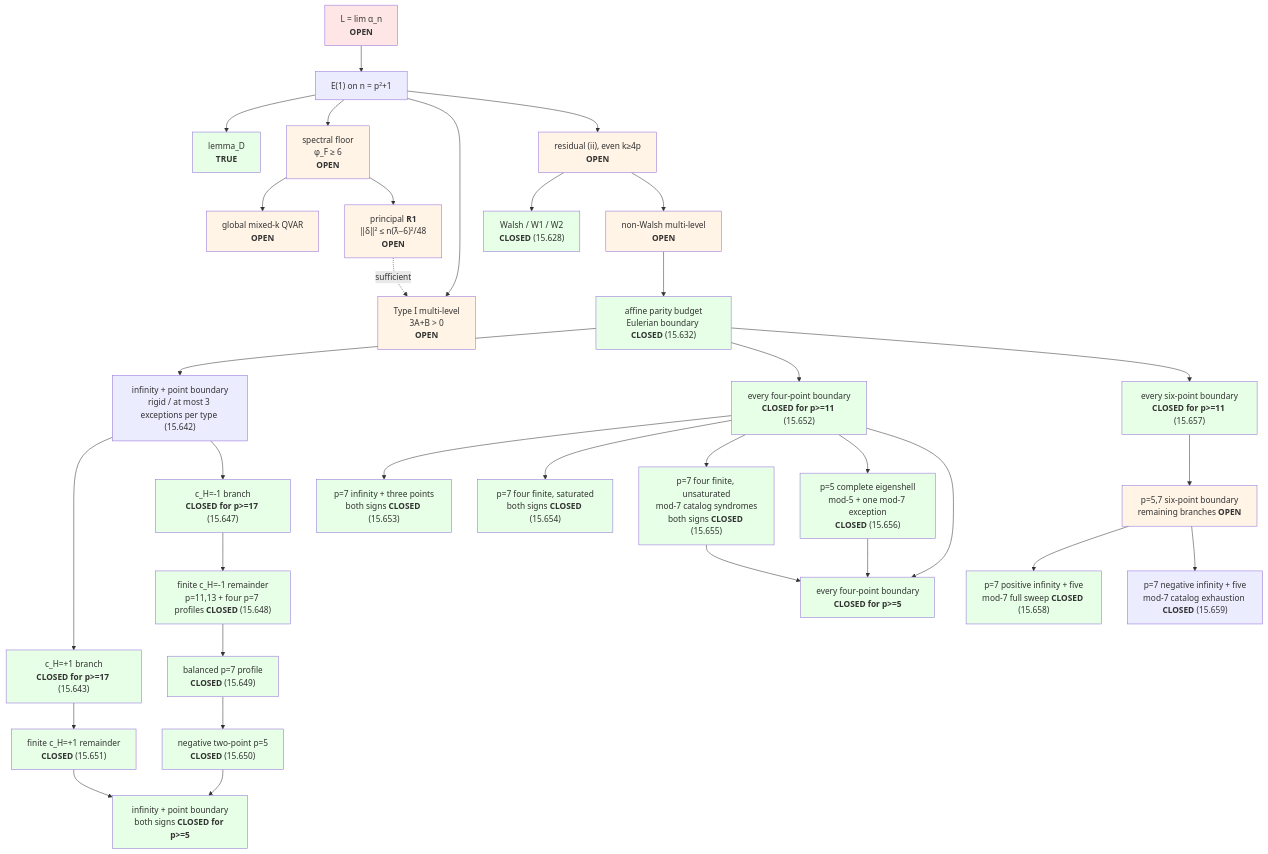
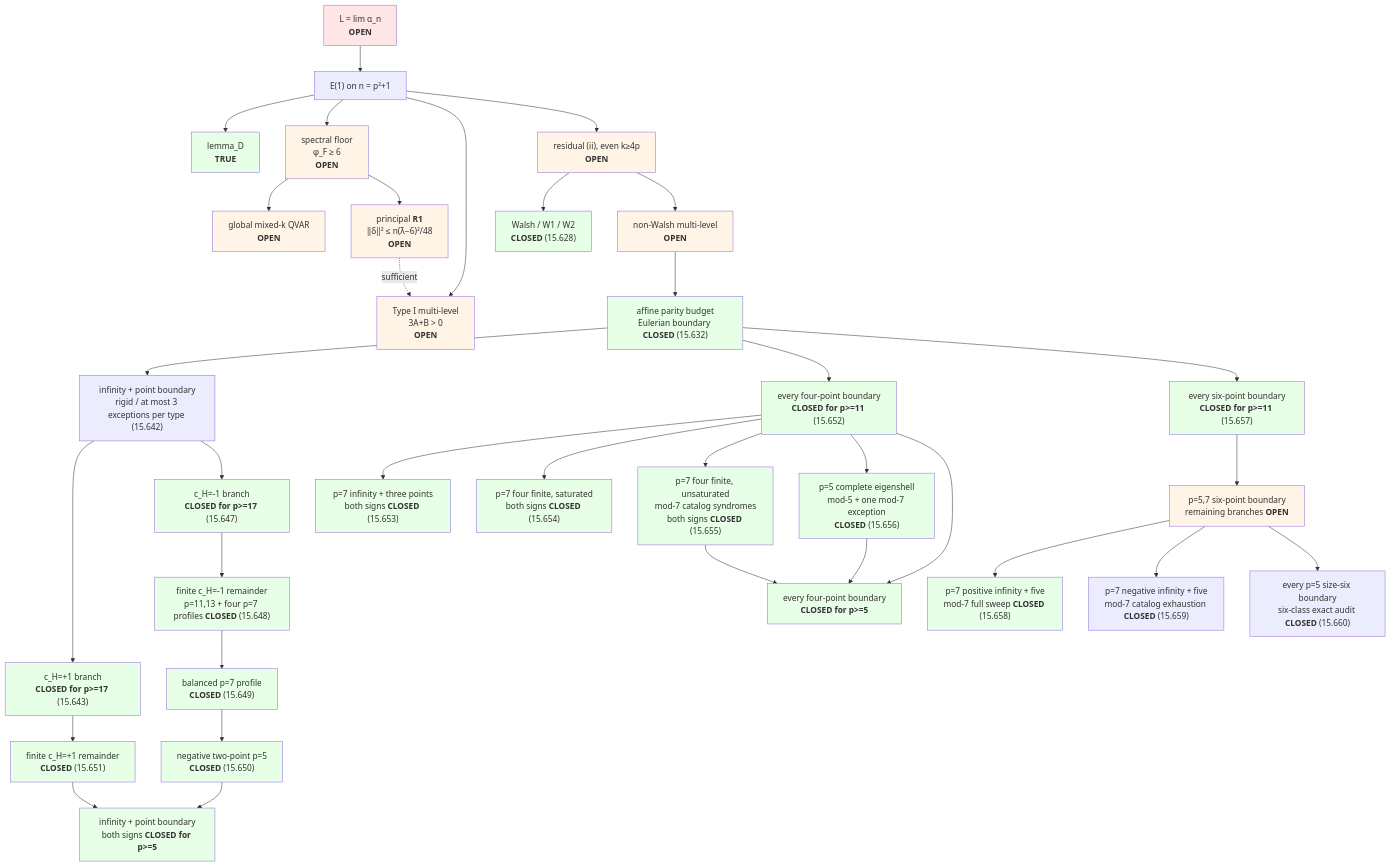
The diagram in README.md (luckyseoul/quadratic-minmax-limit), drawn with Mermaid before and after one commit. The commit also changed other lines of this file and 18 other files, not shown here.

Commit message:
Exclude all p5 size-six boundaries

````diff
--- a/README.md
+++ b/README.md
@@ -152,61 +154,62 @@
 ```mermaid
 graph TD
     L["L = lim α_n<br/><b>OPEN</b>"] --> E1["E(1) on n = p²+1"]
     E1 --> D["lemma_D<br/><b>TRUE</b>"]
     E1 --> FLOOR["spectral floor<br/>φ_F ≥ 6<br/><b>OPEN</b>"]
     FLOOR --> QVAR["global mixed-k QVAR<br/><b>OPEN</b>"]
     FLOOR --> R1["principal <b>R1</b><br/>‖δ‖² ≤ n(λ̄−6)²/48<br/><b>OPEN</b>"]
     E1 --> TYPEI["Type I multi-level<br/>3A+B > 0<br/><b>OPEN</b>"]
     R1 -. sufficient .-> TYPEI
     E1 --> RES["residual (ii), even k≥4p<br/><b>OPEN</b>"]
     RES --> WALSH["Walsh / W1 / W2<br/><b>CLOSED</b> (15.628)"]
     RES --> MULTI["non-Walsh multi-level<br/><b>OPEN</b>"]
     MULTI --> BUDGET["affine parity budget<br/>Eulerian boundary <b>CLOSED</b> (15.632)"]
     BUDGET --> RIGID["infinity + point boundary<br/>rigid / at most 3 exceptions per type (15.642)"]
     RIGID --> POSKILL["c_H=+1 branch<br/><b>CLOSED for p>=17</b> (15.643)"]
     POSKILL --> POSFINITE["finite c_H=+1 remainder<br/><b>CLOSED</b> (15.651)"]
     RIGID --> NEGKILL["c_H=-1 branch<br/><b>CLOSED for p>=17</b> (15.647)"]
     NEGKILL --> NEGFINITE["finite c_H=-1 remainder<br/>p=11,13 + four p=7 profiles <b>CLOSED</b> (15.648)"]
     NEGFINITE --> P7BAL["balanced p=7 profile<br/><b>CLOSED</b> (15.649)"]
     P7BAL --> P5NEG["negative two-point p=5<br/><b>CLOSED</b> (15.650)"]
     POSFINITE --> TWOPT["infinity + point boundary<br/>both signs <b>CLOSED for p>=5</b>"]
     P5NEG --> TWOPT
     BUDGET --> FOUR["every four-point boundary<br/><b>CLOSED for p>=11</b> (15.652)"]
     FOUR --> P7INF["p=7 infinity + three points<br/>both signs <b>CLOSED</b> (15.653)"]
     FOUR --> P7SAT["p=7 four finite, saturated<br/>both signs <b>CLOSED</b> (15.654)"]
     FOUR --> P7MOD["p=7 four finite, unsaturated<br/>mod-7 catalog syndromes<br/>both signs <b>CLOSED</b> (15.655)"]
     FOUR --> P5FULL["p=5 complete eigenshell<br/>mod-5 + one mod-7 exception<br/><b>CLOSED</b> (15.656)"]
     FOUR --> ALL4["every four-point boundary<br/><b>CLOSED for p>=5</b>"]
     P7MOD --> ALL4
     P5FULL --> ALL4
     BUDGET --> SIX["every six-point boundary<br/><b>CLOSED for p>=11</b> (15.657)"]
     SIX --> P57SIX["p=5,7 six-point boundary<br/>remaining branches <b>OPEN</b>"]
     P57SIX --> P7POSINF["p=7 positive infinity + five<br/>mod-7 full sweep <b>CLOSED</b> (15.658)"]
     P57SIX --> P7NEGINF["p=7 negative infinity + five<br/>mod-7 catalog exhaustion <b>CLOSED</b> (15.659)"]
+    P57SIX --> P5SIX["every p=5 size-six boundary<br/>six-class exact audit <b>CLOSED</b> (15.660)"]
     style L fill:#ffe6e6
     style D fill:#e6ffe6
     style FLOOR fill:#fff4e6
     style QVAR fill:#fff4e6
     style R1 fill:#fff4e6
     style TYPEI fill:#fff4e6
     style RES fill:#fff4e6
     style WALSH fill:#e6ffe6
     style MULTI fill:#fff4e6
     style BUDGET fill:#e6ffe6
     style SIX fill:#e6ffe6
     style P57SIX fill:#fff4e6
     style P7POSINF fill:#e6ffe6
     style P7BAL fill:#e6ffe6
     style P5NEG fill:#e6ffe6
     style POSFINITE fill:#e6ffe6
     style FOUR fill:#e6ffe6
     style P7INF fill:#e6ffe6
     style P7SAT fill:#e6ffe6
     style P7MOD fill:#e6ffe6
     style P5FULL fill:#e6ffe6
     style ALL4 fill:#e6ffe6
     style TWOPT fill:#e6ffe6
     style POSKILL fill:#e6ffe6
     style NEGKILL fill:#e6ffe6
     style NEGFINITE fill:#e6ffe6
 ```
````
